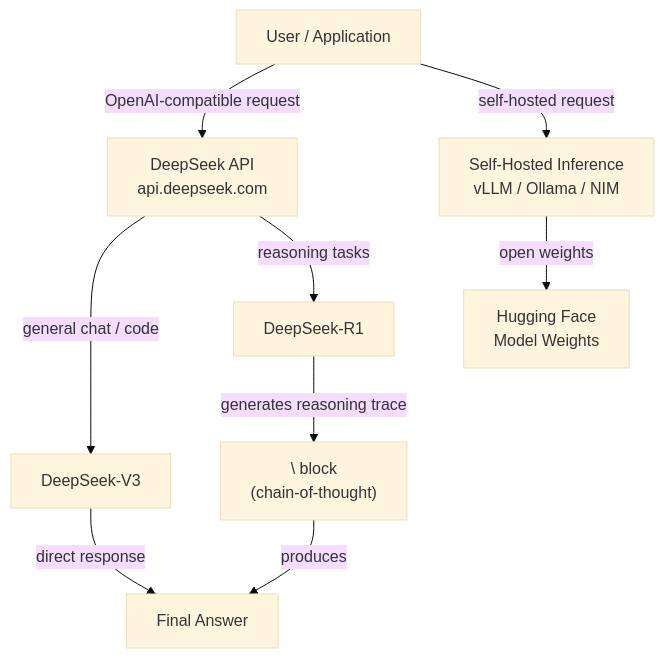
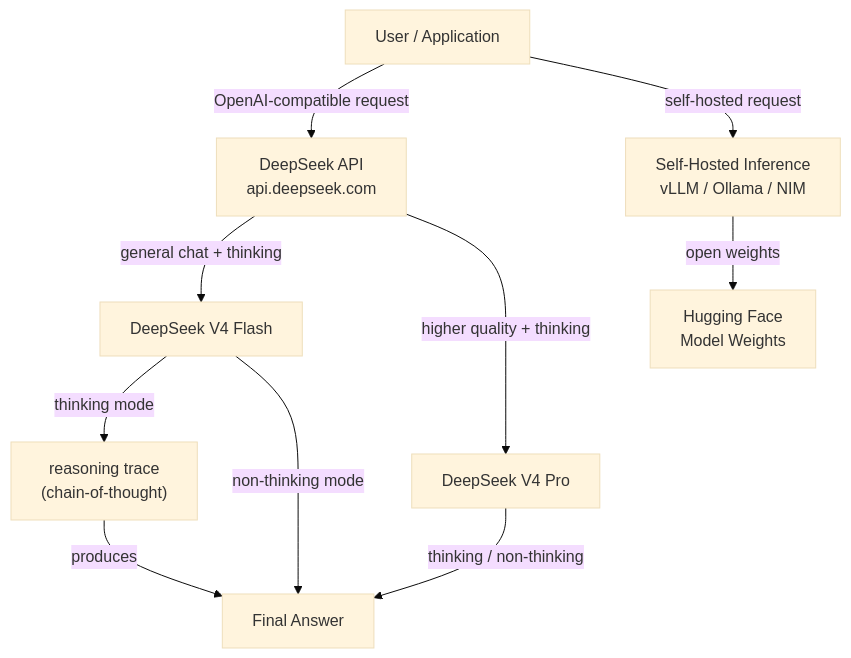
The diagram in next/content/docs/pt-BR/model-providers/deepseek.mdx (EmersonBraun/ai-summary-hub), drawn with Mermaid (base theme) before and after one commit. The commit also changed other lines of this file and 211 other files, not shown here.

````diff
--- a/next/content/docs/pt-BR/model-providers/deepseek.mdx
+++ b/next/content/docs/pt-BR/model-providers/deepseek.mdx
@@ -37,13 +52,14 @@
 ```mermaid
 flowchart TD
   U[User / Application] -->|OpenAI-compatible request| API[DeepSeek API\napi.deepseek.com]
   U -->|self-hosted request| SH[Self-Hosted Inference\nvLLM / Ollama / NIM]
 
-  API -->|general chat / code| V3[DeepSeek-V3]
-  API -->|reasoning tasks| R1[DeepSeek-R1]
+  API -->|general chat + thinking| V4F[DeepSeek V4 Flash]
+  API -->|higher quality + thinking| V4P[DeepSeek V4 Pro]
   SH -->|open weights| HF[Hugging Face\nModel Weights]
 
-  R1 -->|generates reasoning trace| THINK["\<think\> block\n(chain-of-thought)"]
+  V4F -->|thinking mode| THINK["reasoning trace\n(chain-of-thought)"]
   THINK -->|produces| ANS[Final Answer]
-  V3 -->|direct response| ANS
+  V4F -->|non-thinking mode| ANS
+  V4P -->|thinking / non-thinking| ANS
 ```
````
